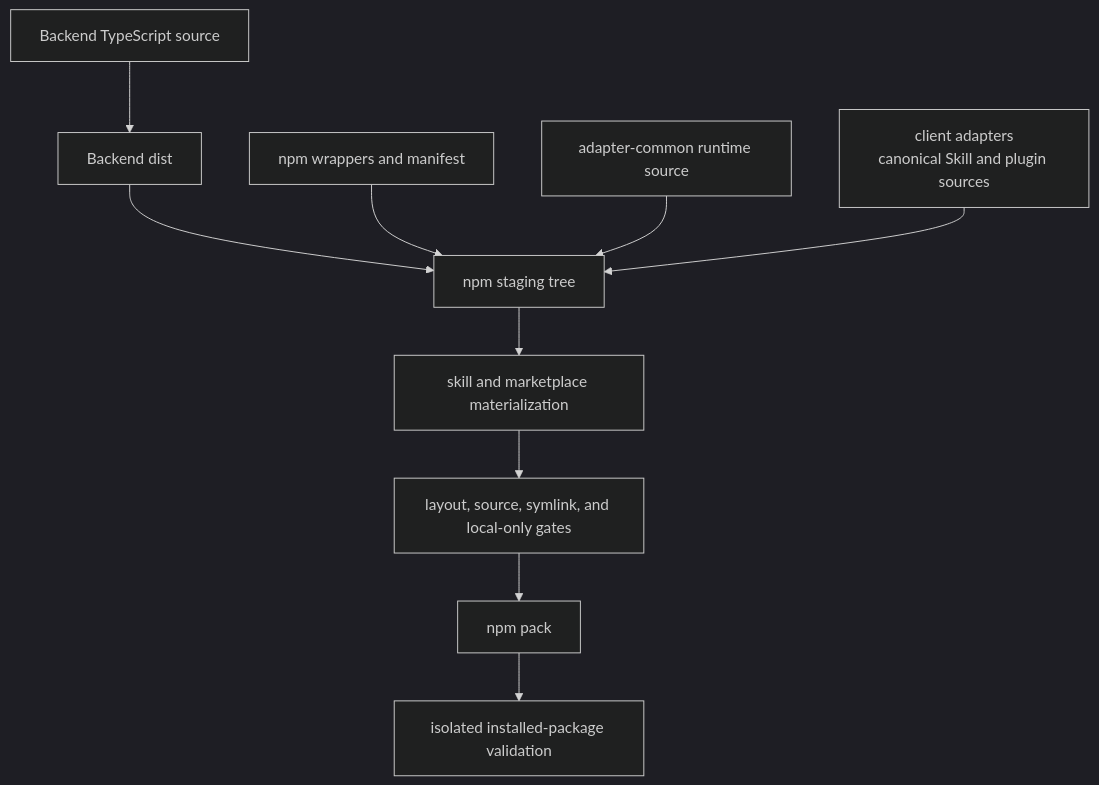
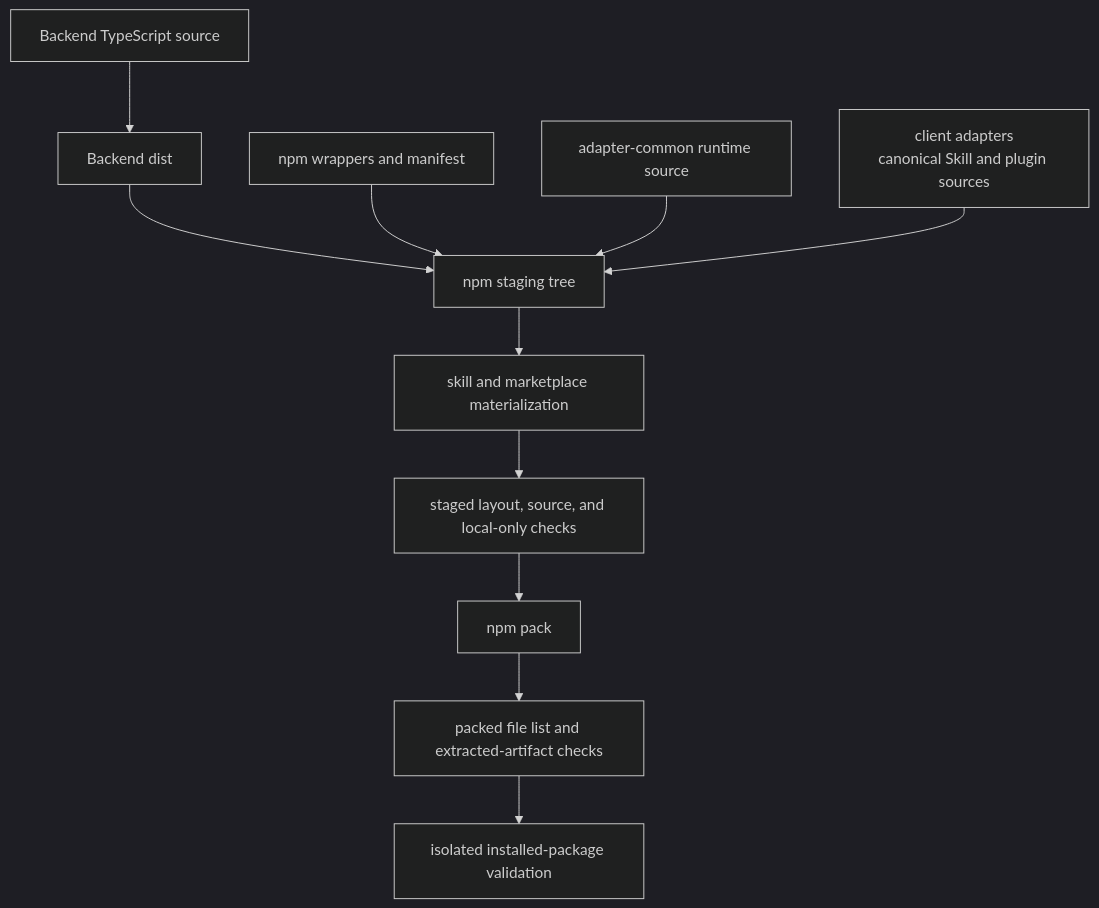
The seventh of 7 diagrams in ARCHITECTURE.md (SimonEskildse/memorax-code), drawn with Mermaid (dark theme) before and after one commit. The commit also changed other lines of this file and 4 other files, not shown here.

Commit message:
docs:(architecture) align runtime contracts and diagrams with implementation

````diff
--- a/ARCHITECTURE.md
+++ b/ARCHITECTURE.md
@@ -850,23 +909,25 @@
 ```mermaid
 flowchart TD
   BackendSource["Backend TypeScript source"]
   BackendBuild["Backend dist"]
   NpmSource["npm wrappers and manifest"]
   CommonSource["adapter-common runtime source"]
   AdapterSource["client adapters<br/>canonical Skill and plugin sources"]
   Stage["npm staging tree"]
   Materialize["skill and marketplace materialization"]
-  Gates["layout, source, symlink, and local-only gates"]
+  Gates["staged layout, source, and local-only checks"]
   Pack["npm pack"]
+  PackedGates["packed file list and extracted-artifact checks"]
   InstallTest["isolated installed-package validation"]
 
   BackendSource --> BackendBuild
   BackendBuild --> Stage
   NpmSource --> Stage
   CommonSource --> Stage
   AdapterSource --> Stage
   Stage --> Materialize
   Materialize --> Gates
   Gates --> Pack
-  Pack --> InstallTest
+  Pack --> PackedGates
+  PackedGates --> InstallTest
 ```
````
